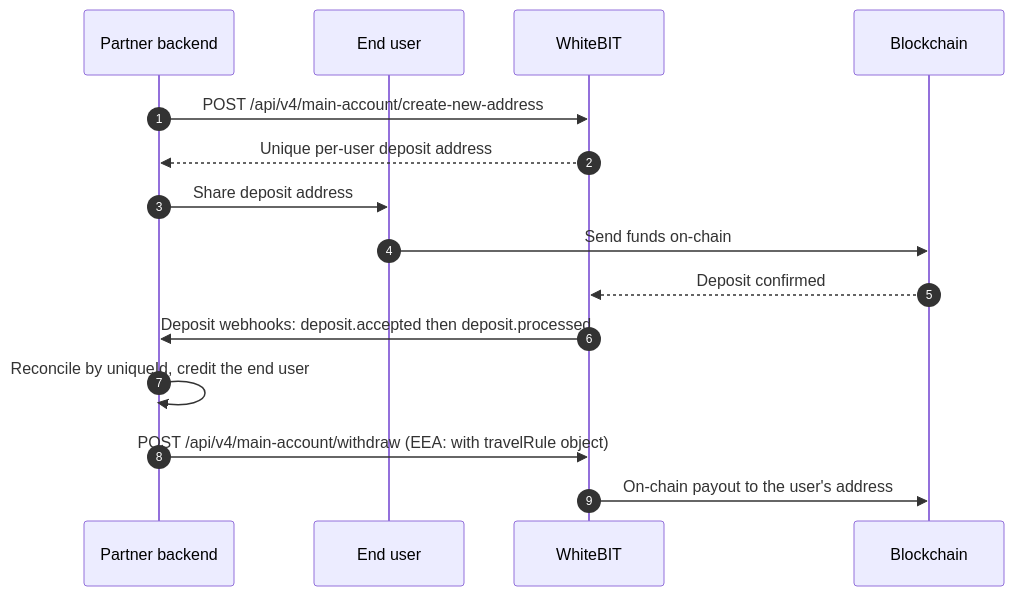
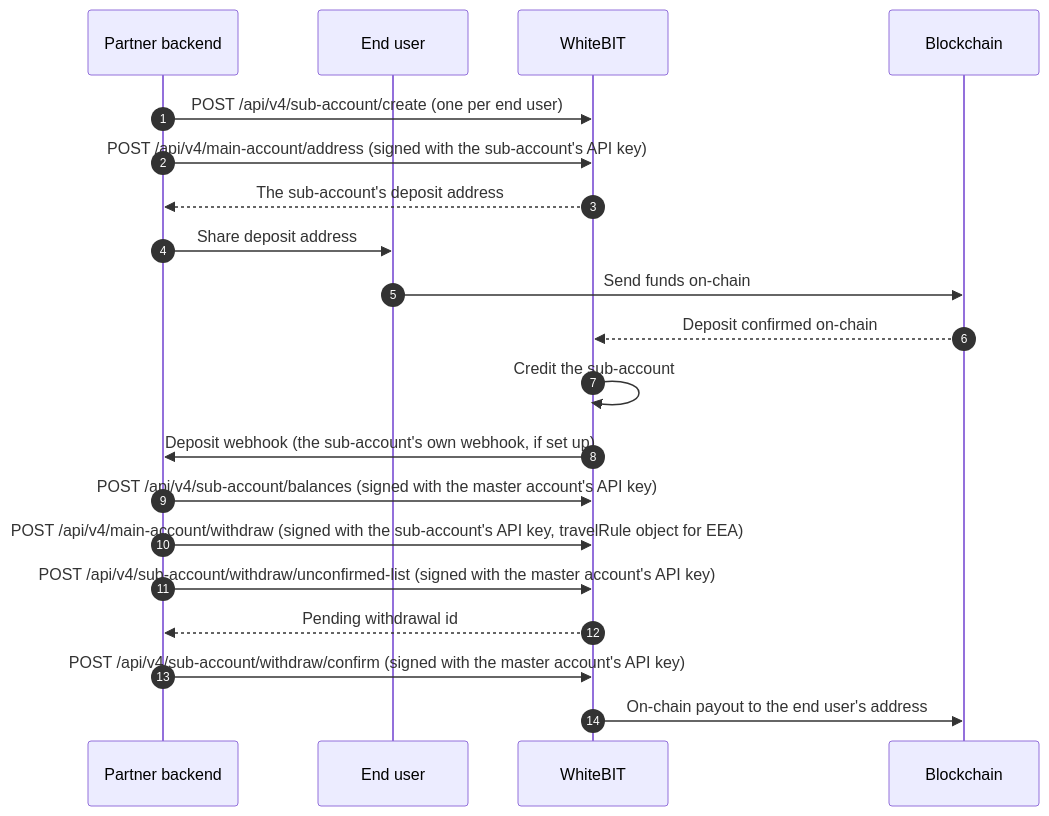
The diagram in guides/waas-integration.mdx (whitebit-exchange/docs), drawn with Mermaid before and after one commit. The commit also changed other lines of this file and 10 other files, not shown here.

````diff
--- a/guides/waas-integration.mdx
+++ b/guides/waas-integration.mdx
@@ -47,18 +50,23 @@
 ```mermaid
 sequenceDiagram
     autonumber
     participant P as Partner backend
     participant U as End user
     participant W as WhiteBIT
     participant B as Blockchain
 
-    P->>W: POST /api/v4/main-account/create-new-address
-    W-->>P: Unique per-user deposit address
+    P->>W: POST /api/v4/sub-account/create (one per end user)
+    P->>W: POST /api/v4/main-account/address (signed with the sub-account's API key)
+    W-->>P: The sub-account's deposit address
     P->>U: Share deposit address
     U->>B: Send funds on-chain
-    B-->>W: Deposit confirmed
-    W->>P: Deposit webhooks: deposit.accepted then deposit.processed
-    P->>P: Reconcile by uniqueId, credit the end user
-    P->>W: POST /api/v4/main-account/withdraw (EEA: with travelRule object)
-    W->>B: On-chain payout to the user's address
+    B-->>W: Deposit confirmed on-chain
+    W->>W: Credit the sub-account
+    W->>P: Deposit webhook (the sub-account's own webhook, if set up)
+    P->>W: POST /api/v4/sub-account/balances (signed with the master account's API key)
+    P->>W: POST /api/v4/main-account/withdraw (signed with the sub-account's API key, travelRule object for EEA)
+    P->>W: POST /api/v4/sub-account/withdraw/unconfirmed-list (signed with the master account's API key)
+    W-->>P: Pending withdrawal id
+    P->>W: POST /api/v4/sub-account/withdraw/confirm (signed with the master account's API key)
+    W->>B: On-chain payout to the end user's address
 ```
````
